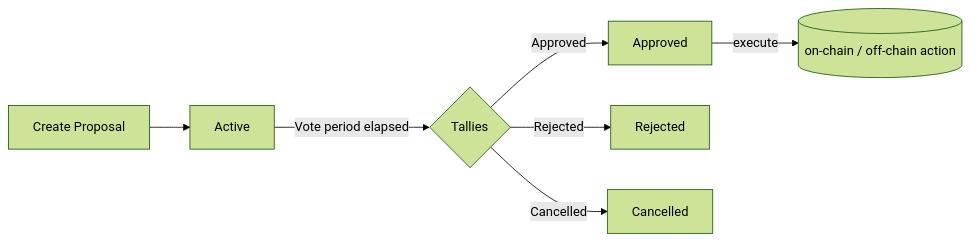
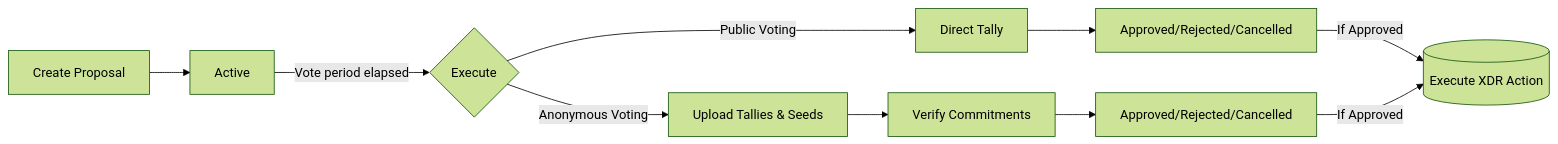
One commit to tupui/soroban-versioning changed the diagram in website/docs/developers/governance.mdx. Above: the diagram before and after it, drawn with Mermaid (forest theme). The commit also changed other lines of this file and 31 other files, not shown here.

Commit message:
Update binding, deps, docs and some flows

````diff
--- a/website/docs/developers/governance.mdx
+++ b/website/docs/developers/governance.mdx
@@ -13,9 +13,12 @@
 ```mermaid
 graph LR;
     A[Create Proposal] --> B[Active];
-    B -->|Vote period elapsed| C{Tallies};
-    C -->|Approved| D[Approved];
-    C -->|Rejected| E[Rejected];
-    C -->|Cancelled| F[Cancelled];
-    D -->|execute| G[(on-chain / off-chain action)];
+    B -->|Vote period elapsed| C{Execute};
+    C -->|Public Voting| D[Direct Tally];
+    C -->|Anonymous Voting| E[Upload Tallies & Seeds];
+    D --> F[Approved/Rejected/Cancelled];
+    E --> G[Verify Commitments];
+    G --> H[Approved/Rejected/Cancelled];
+    F -->|If Approved| I[(Execute XDR Action)];
+    H -->|If Approved| I;
 ```
````
